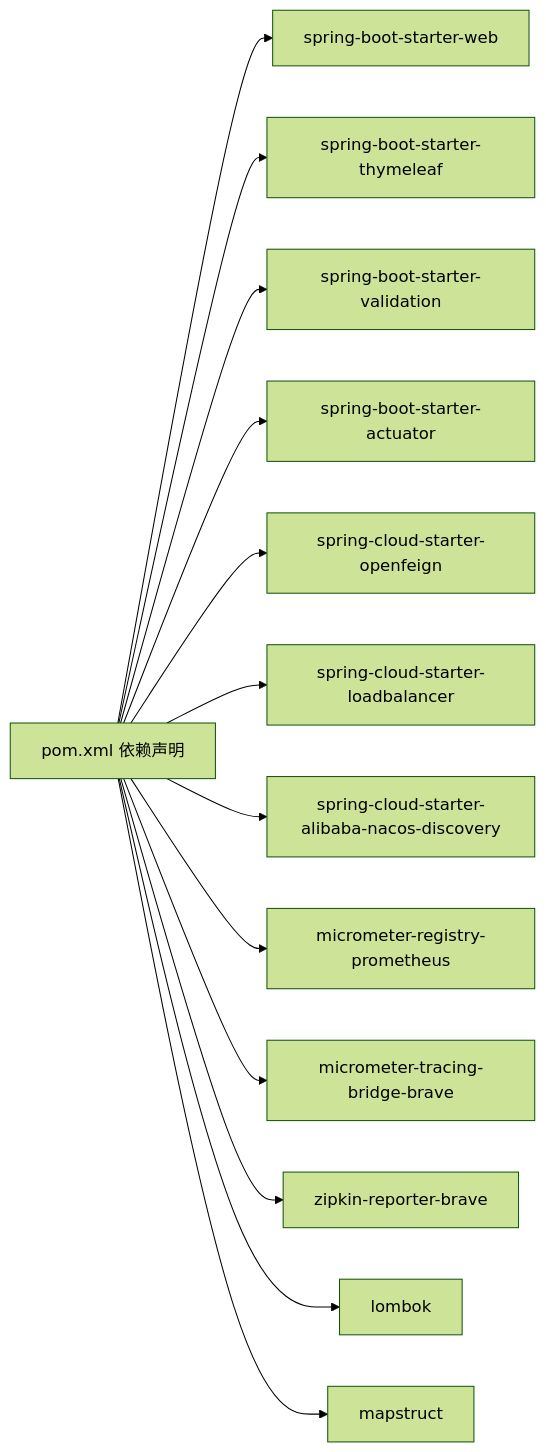
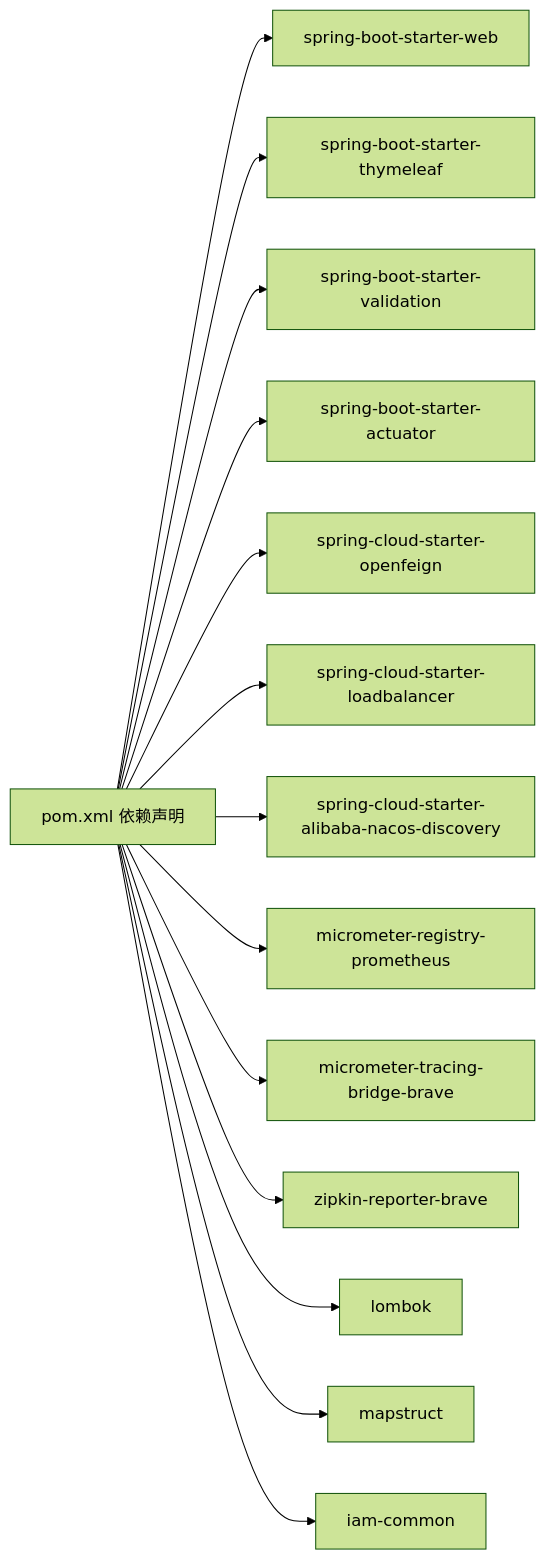
The eighth of 8 diagrams in .qoder/repowiki/zh/content/核心模块/前端代理服务器 (iam-bff-server).md (fq0121104930716/iam-platform), drawn with Mermaid (forest theme) before and after one commit. The commit also changed other lines of this file and 13 other files, not shown here.

````diff
--- a/.qoder/repowiki/zh/content/核心模块/前端代理服务器 (iam-bff-server).md
+++ b/.qoder/repowiki/zh/content/核心模块/前端代理服务器 (iam-bff-server).md
@@ -417,28 +496,30 @@
 ```mermaid
 graph LR
 POM["pom.xml 依赖声明"]
 SB["spring-boot-starter-web"]
 ST["spring-boot-starter-thymeleaf"]
 VAL["spring-boot-starter-validation"]
 ACT["spring-boot-starter-actuator"]
 FEIGN["spring-cloud-starter-openfeign"]
 LB["spring-cloud-starter-loadbalancer"]
 NACOS["spring-cloud-starter-alibaba-nacos-discovery"]
 PROM["micrometer-registry-prometheus"]
 BRV["micrometer-tracing-bridge-brave"]
 ZIP["zipkin-reporter-brave"]
 LOMBOK["lombok"]
 MAPSTRUCT["mapstruct"]
+COMMON["iam-common"]
 POM --> SB
 POM --> ST
 POM --> VAL
 POM --> ACT
 POM --> FEIGN
 POM --> LB
 POM --> NACOS
 POM --> PROM
 POM --> BRV
 POM --> ZIP
 POM --> LOMBOK
 POM --> MAPSTRUCT
+POM --> COMMON
 ```
````
